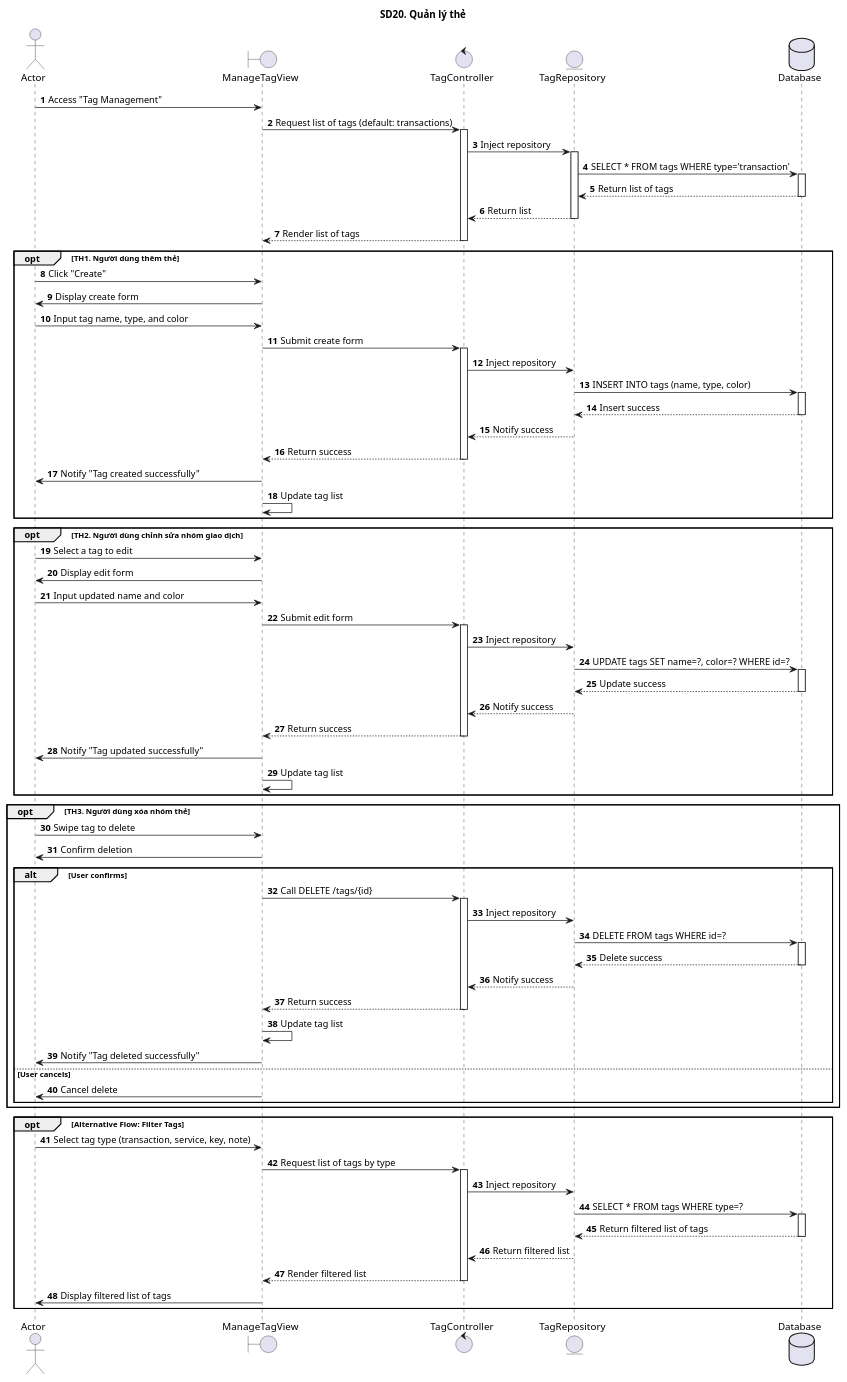
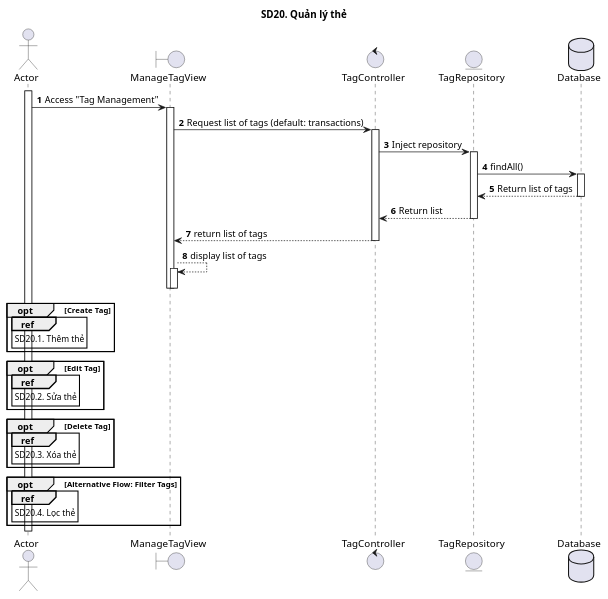
The diagram in 20_QuanLyThe/sd20.puml (ITZ-Developers/Finance-UML), drawn with PlantUML before and after one commit. The commit also changed 24 other files, not shown here.

```diff
--- a/20_QuanLyThe/sd20.puml
+++ b/20_QuanLyThe/sd20.puml
@@ -1,105 +1,50 @@
 @startuml SQ
 autonumber
 title SD20. Quản lý thẻ
 actor "Actor" as actor
 boundary "ManageTagView" as manageView
 control "TagController" as controller
 entity "TagRepository" as model
 database "Database" as database
-
 ' Main Flow
+activate actor
 actor -> manageView : Access "Tag Management"
+activate manageView
 manageView -> controller : Request list of tags (default: transactions)
 activate controller
 controller -> model : Inject repository
 activate model
-model -> database : SELECT * FROM tags WHERE type='transaction'
+model -> database : findAll()
 activate database
 database --> model : Return list of tags
 deactivate database
 model --> controller : Return list
 deactivate model
-controller --> manageView : Render list of tags
+controller --> manageView : return list of tags
 deactivate controller
-
+manageView --> manageView : display list of tags
+activate manageView
+deactivate manageView
+deactivate manageView
 ' Option TH1: Add Tag
-opt TH1. Người dùng thêm thẻ
-    actor -> manageView : Click "Create"
-    manageView -> actor : Display create form
-    actor -> manageView : Input tag name, type, and color
-    manageView -> controller : Submit create form
-    activate controller
-    controller -> model : Inject repository
-    model -> database : INSERT INTO tags (name, type, color)
-    activate database
-    database --> model : Insert success
-    deactivate database
-    model --> controller : Notify success
-    deactivate model
-    controller --> manageView : Return success
-    deactivate controller
-    manageView -> actor : Notify "Tag created successfully"
-    manageView -> manageView : Update tag list
+opt **Create Tag**
+  ref over actor
+SD20.1. Thêm thẻ
+end ref
 end
-
-' Option TH2: Edit Tag
-opt TH2. Người dùng chỉnh sửa nhóm giao dịch
-    actor -> manageView : Select a tag to edit
-    manageView -> actor : Display edit form
-    actor -> manageView : Input updated name and color
-    manageView -> controller : Submit edit form
-    activate controller
-    controller -> model : Inject repository
-    model -> database : UPDATE tags SET name=?, color=? WHERE id=?
-    activate database
-    database --> model : Update success
-    deactivate database
-    model --> controller : Notify success
-    deactivate model
-    controller --> manageView : Return success
-    deactivate controller
-    manageView -> actor : Notify "Tag updated successfully"
-    manageView -> manageView : Update tag list
+opt **Edit Tag**
+  ref over actor
+SD20.2. Sửa thẻ
+end ref
 end
-
-' Option TH3: Delete Tag
-opt TH3. Người dùng xóa nhóm thẻ
-    actor -> manageView : Swipe tag to delete
-    manageView -> actor : Confirm deletion
-    alt User confirms
-        manageView -> controller : Call DELETE /tags/{id}
-        activate controller
-        controller -> model : Inject repository
-        model -> database : DELETE FROM tags WHERE id=?
-        activate database
-        database --> model : Delete success
-        deactivate database
-        model --> controller : Notify success
-        deactivate model
-        controller --> manageView : Return success
-        deactivate controller
-        manageView -> manageView : Update tag list
-        manageView -> actor : Notify "Tag deleted successfully"
-    else User cancels
-        manageView -> actor : Cancel delete
-    end
+opt **Delete Tag**
+  ref over actor
+SD20.3. Xóa thẻ
+end ref
 end
-
-' Alternative Flow: Filter Tags
-opt Alternative Flow: Filter Tags
-    actor -> manageView : Select tag type (transaction, service, key, note)
-    manageView -> controller : Request list of tags by type
-    activate controller
-    controller -> model : Inject repository
-    model -> database : SELECT * FROM tags WHERE type=?
-    activate database
-    database --> model : Return filtered list of tags
-    deactivate database
-    model --> controller : Return filtered list
-    deactivate model
-    controller --> manageView : Render filtered list
-    deactivate controller
-    manageView -> actor : Display filtered list of tags
+opt **Alternative Flow: Filter Tags**
+  ref over actor
+SD20.4. Lọc thẻ
+end ref
 end
-
 @enduml
```
